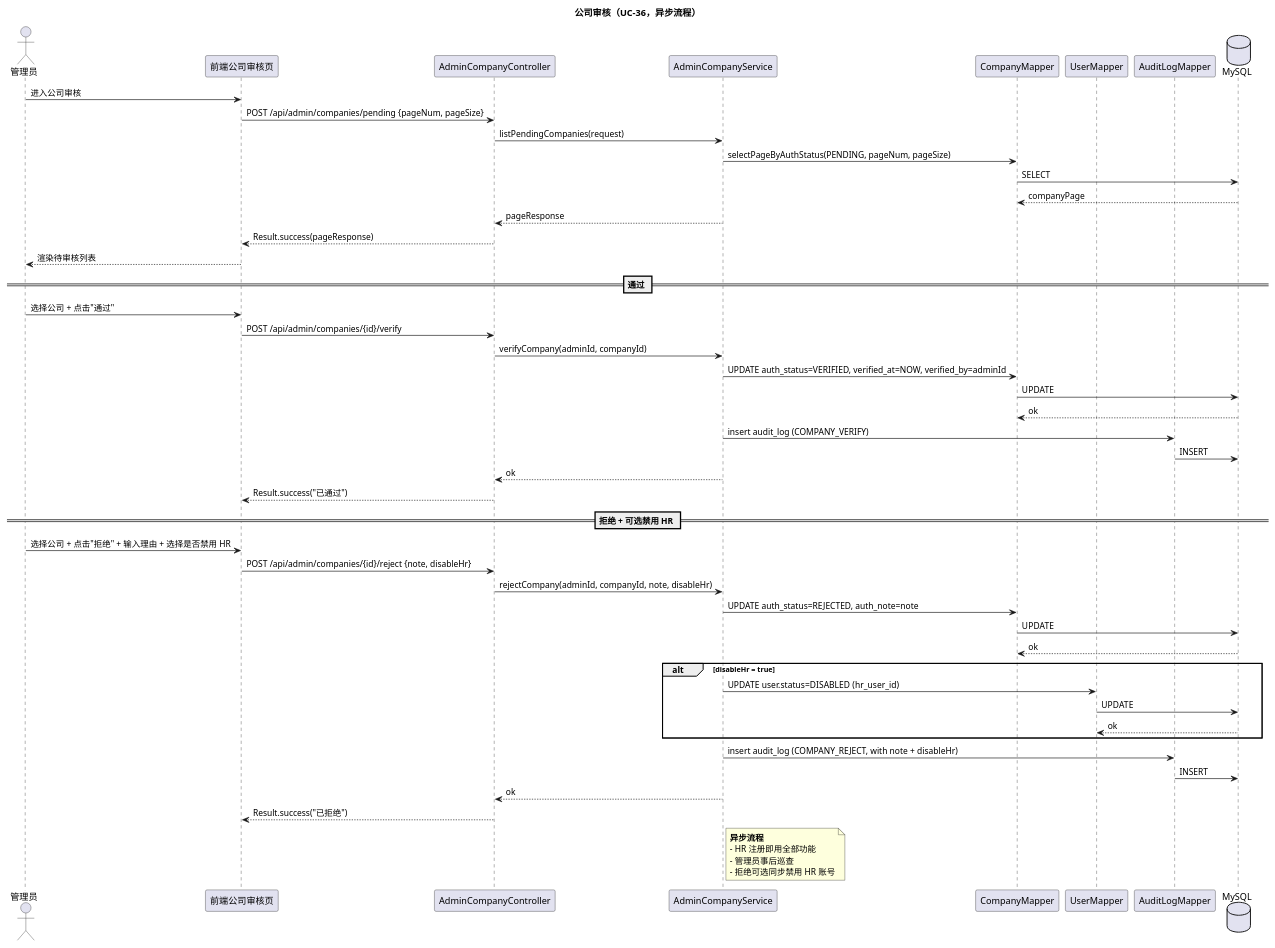
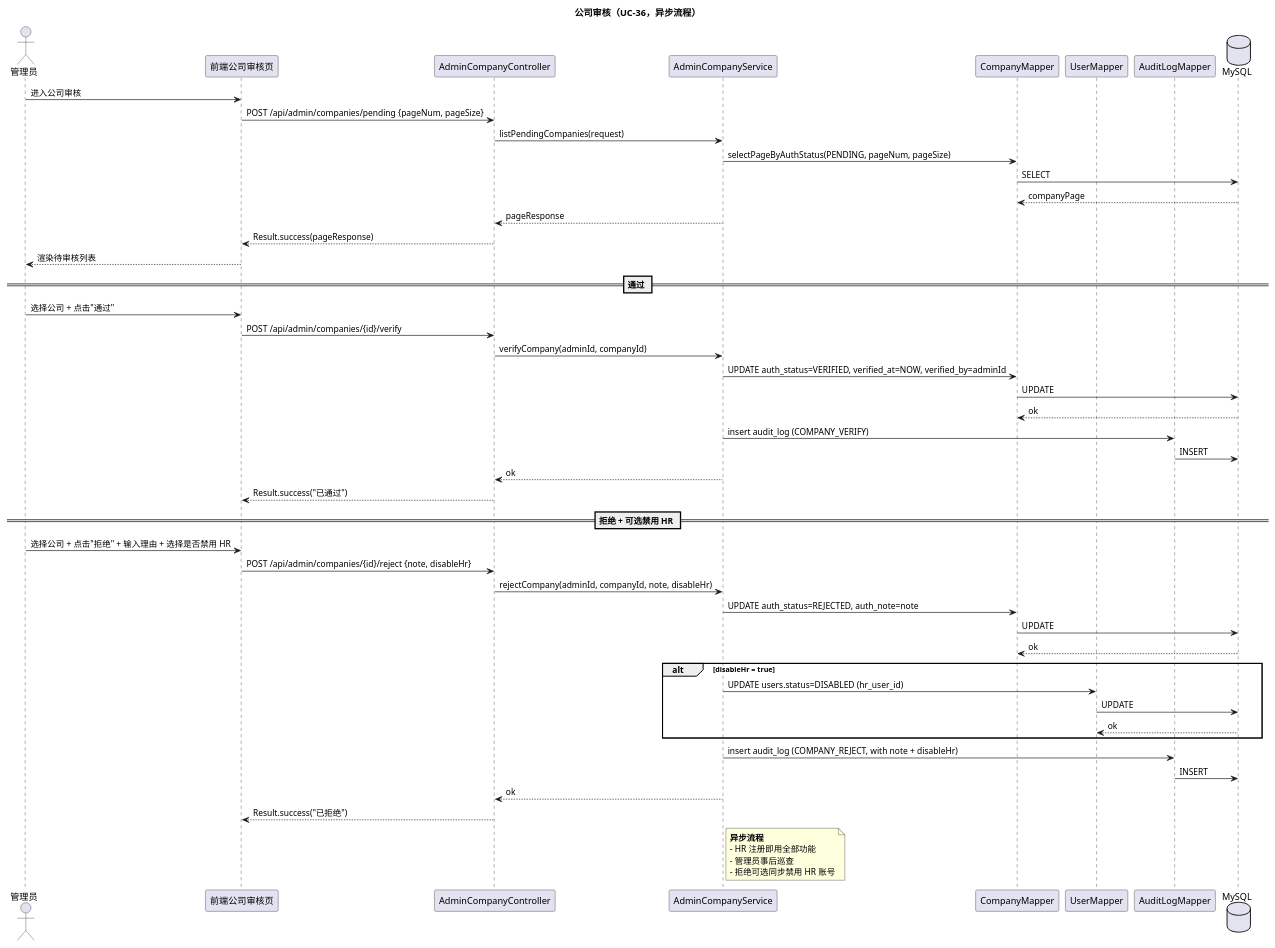
Before and after one commit to wendy-zw-yang/recruitment_system: the third of 5 diagrams in docs/系统设计/详细设计/管理员.md, drawn with PlantUML. The commit also changed other lines of this file and 166 other files, not shown here.

````diff
--- a/docs/系统设计/详细设计/管理员.md
+++ b/docs/系统设计/详细设计/管理员.md
@@ -269,61 +269,61 @@
 ```plantuml
 @startuml
 title 公司审核（UC-36，异步流程）
 
 actor 管理员
 participant "前端公司审核页" as FE
 participant "AdminCompanyController" as Ctl
 participant "AdminCompanyService" as Svc
 participant "CompanyMapper" as CM
 participant "UserMapper" as UM
 participant "AuditLogMapper" as ALM
 database "MySQL" as DB
 
 管理员 -> FE: 进入公司审核
 FE -> Ctl: POST /api/admin/companies/pending {pageNum, pageSize}
 Ctl -> Svc: listPendingCompanies(request)
 Svc -> CM: selectPageByAuthStatus(PENDING, pageNum, pageSize)
 CM -> DB: SELECT
 DB --> CM: companyPage
 Svc --> Ctl: pageResponse
 Ctl --> FE: Result.success(pageResponse)
 FE --> 管理员: 渲染待审核列表
 
 == 通过 ==
 管理员 -> FE: 选择公司 + 点击"通过"
 FE -> Ctl: POST /api/admin/companies/{id}/verify
 Ctl -> Svc: verifyCompany(adminId, companyId)
 Svc -> CM: UPDATE auth_status=VERIFIED, verified_at=NOW, verified_by=adminId
 CM -> DB: UPDATE
 DB --> CM: ok
 Svc -> ALM: insert audit_log (COMPANY_VERIFY)
 ALM -> DB: INSERT
 Svc --> Ctl: ok
 Ctl --> FE: Result.success("已通过")
 
 == 拒绝 + 可选禁用 HR ==
 管理员 -> FE: 选择公司 + 点击"拒绝" + 输入理由 + 选择是否禁用 HR
 FE -> Ctl: POST /api/admin/companies/{id}/reject {note, disableHr}
 Ctl -> Svc: rejectCompany(adminId, companyId, note, disableHr)
 Svc -> CM: UPDATE auth_status=REJECTED, auth_note=note
 CM -> DB: UPDATE
 DB --> CM: ok
 alt disableHr = true
-  Svc -> UM: UPDATE user.status=DISABLED (hr_user_id)
+  Svc -> UM: UPDATE users.status=DISABLED (hr_user_id)
   UM -> DB: UPDATE
   DB --> UM: ok
 end
 Svc -> ALM: insert audit_log (COMPANY_REJECT, with note + disableHr)
 ALM -> DB: INSERT
 Svc --> Ctl: ok
 Ctl --> FE: Result.success("已拒绝")
 
 note right of Svc
   **异步流程**
   - HR 注册即用全部功能
   - 管理员事后巡查
   - 拒绝可选同步禁用 HR 账号
 end note
 
 @enduml
 ```
````
